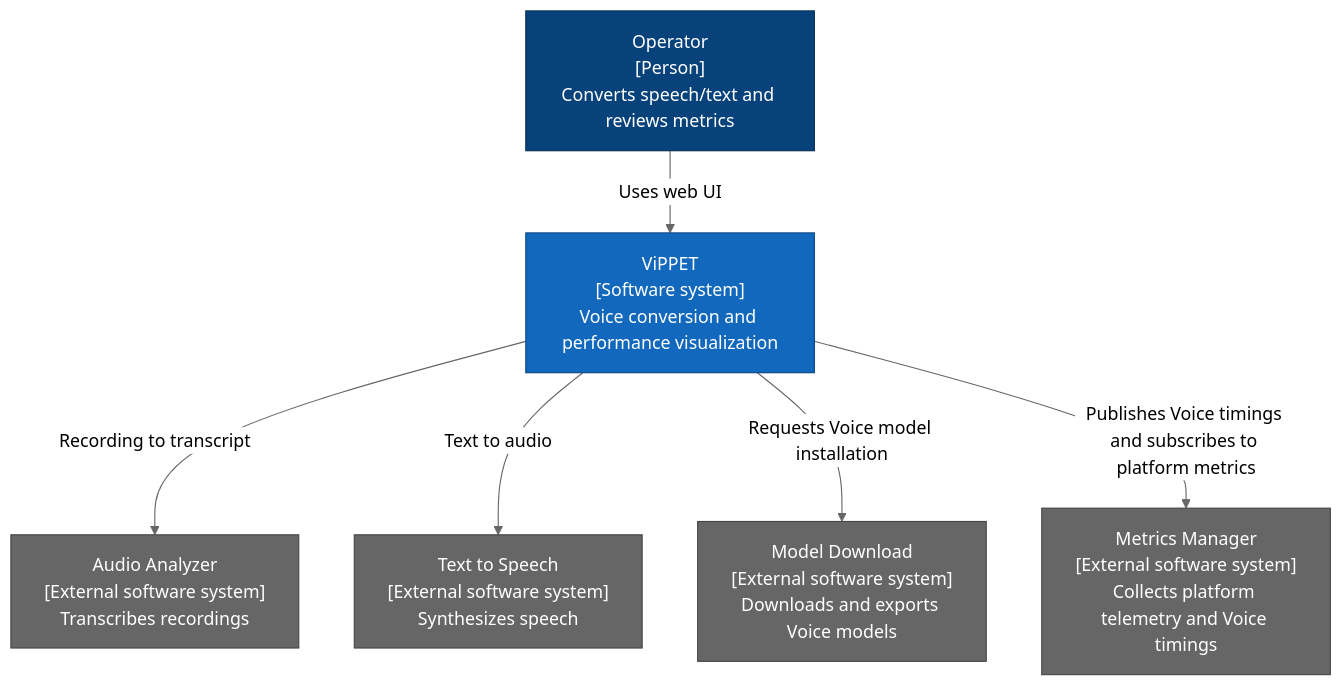
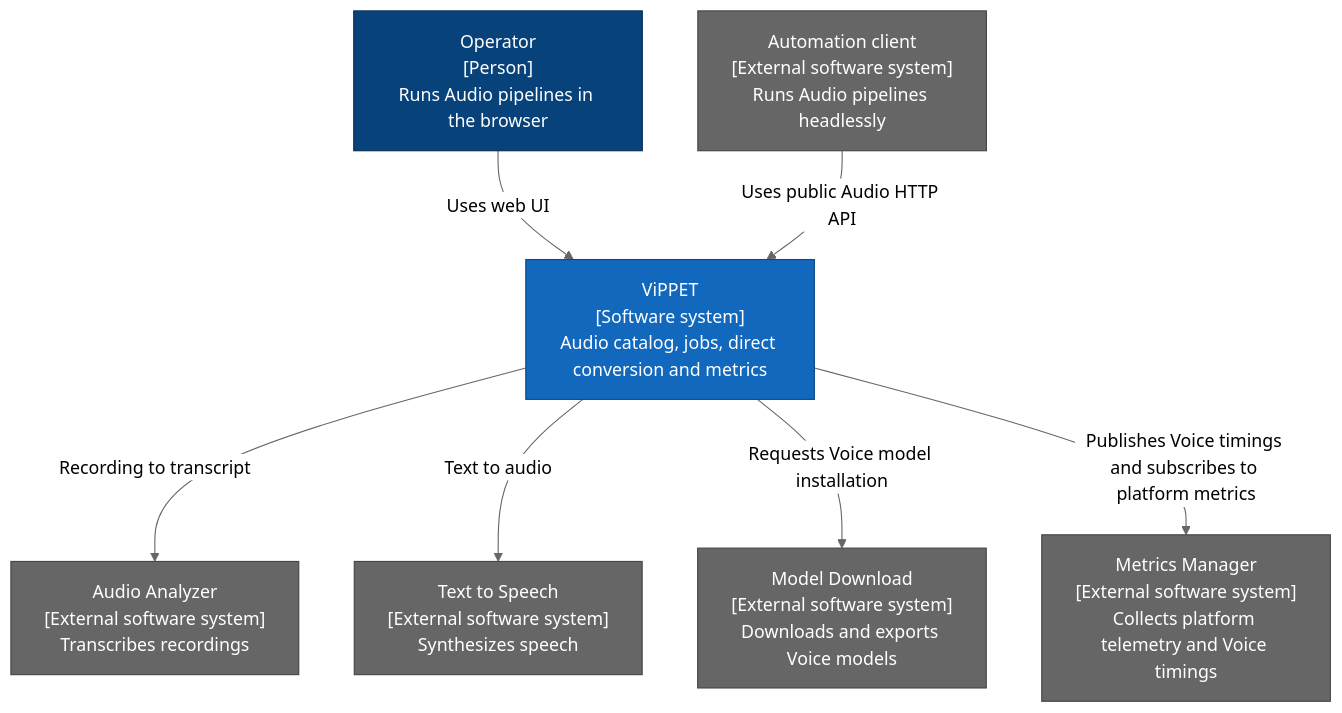
Before and after one commit to open-edge-platform/edge-ai-libraries: the first of 11 diagrams in tools/visual-pipeline-and-platform-evaluation-tool/docs/user-guide/developer-guide/voice-architecture.md, drawn with Mermaid (neutral theme). The commit also changed other lines of this file and 31 other files, not shown here.

````diff
--- a/tools/visual-pipeline-and-platform-evaluation-tool/docs/user-guide/developer-guide/voice-architecture.md
+++ b/tools/visual-pipeline-and-platform-evaluation-tool/docs/user-guide/developer-guide/voice-architecture.md
@@ -33,17 +34,19 @@
 ```mermaid
 flowchart TB
-  operator["Operator<br/>[Person]<br/>Converts speech/text and reviews metrics"]:::person
-  vippet["ViPPET<br/>[Software system]<br/>Voice conversion and performance visualization"]:::internal
+  operator["Operator<br/>[Person]<br/>Runs Audio pipelines in the browser"]:::person
+  automation["Automation client<br/>[External software system]<br/>Runs Audio pipelines headlessly"]:::external
+  vippet["ViPPET<br/>[Software system]<br/>Audio catalog, jobs, direct conversion and metrics"]:::internal
   asr["Audio Analyzer<br/>[External software system]<br/>Transcribes recordings"]:::external
   tts["Text to Speech<br/>[External software system]<br/>Synthesizes speech"]:::external
   models["Model Download<br/>[External software system]<br/>Downloads and exports Voice models"]:::external
   telemetry["Metrics Manager<br/>[External software system]<br/>Collects platform telemetry and Voice timings"]:::external
   operator -->|Uses web UI| vippet
+  automation -->|Uses public Audio HTTP API| vippet
   vippet -->|Recording to transcript| asr
   vippet -->|Text to audio| tts
   vippet -->|Requests Voice model installation| models
   vippet -->|Publishes Voice timings and subscribes to platform metrics| telemetry
   classDef person fill:#08427b,color:#fff,stroke:#052e56
   classDef internal fill:#1168bd,color:#fff,stroke:#0b4884
   classDef external fill:#666,color:#fff,stroke:#444
 ```
````
